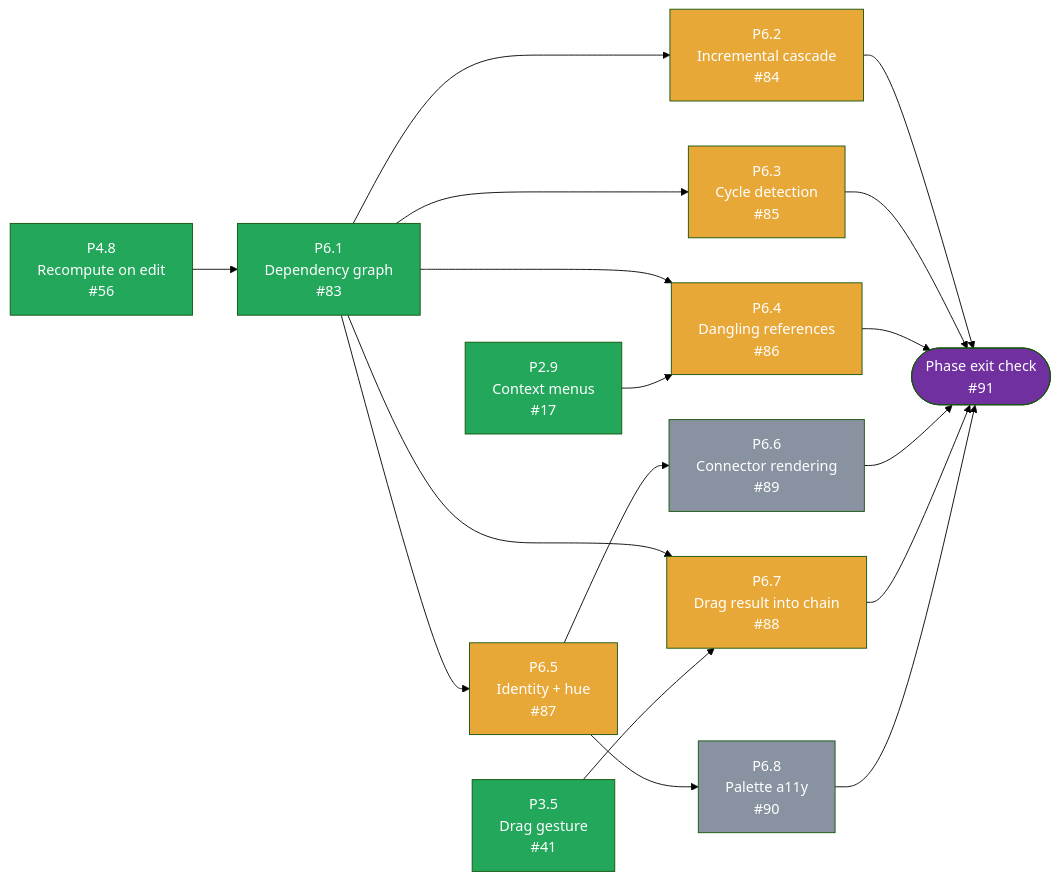
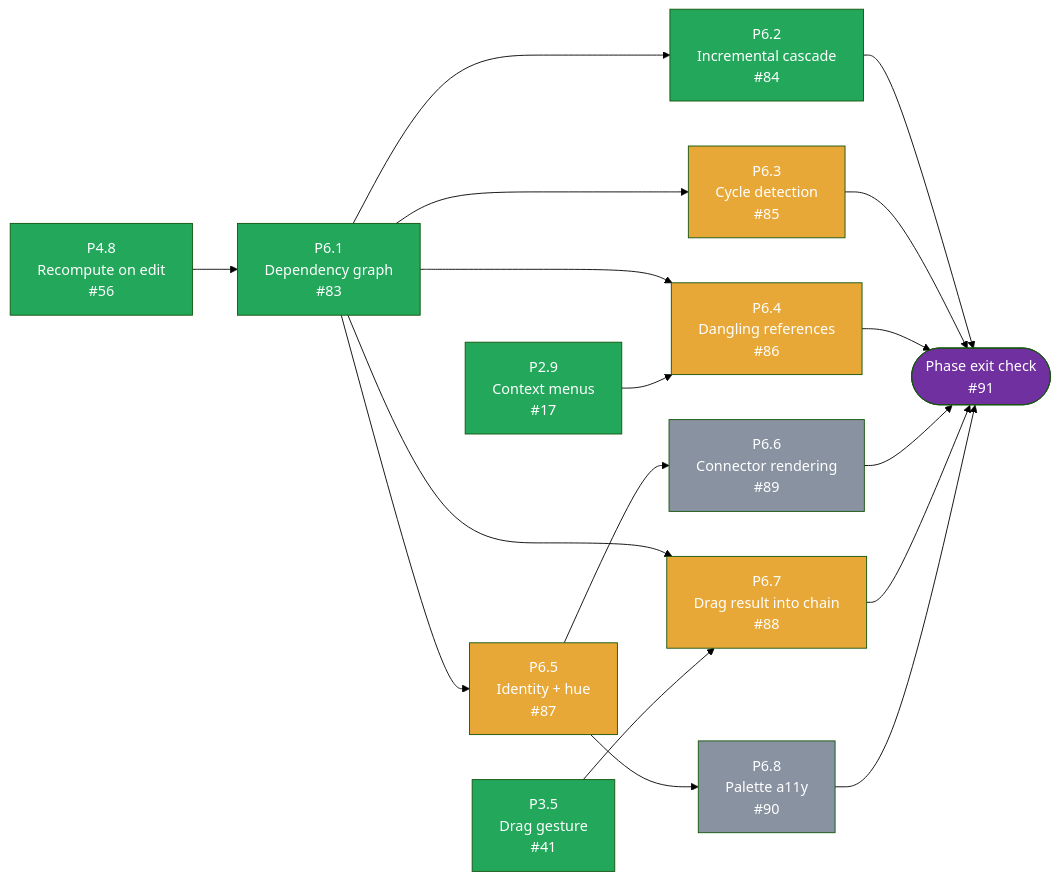
Before and after one commit to tousifosman/CalcMind: the fifth of 5 diagrams in docs/DEVELOPMENT_PLAN.md, drawn with Mermaid (forest theme). The commit also changed other lines of this file and 7 other files, not shown here.

````diff
--- a/docs/DEVELOPMENT_PLAN.md
+++ b/docs/DEVELOPMENT_PLAN.md
@@ -918,46 +918,46 @@
 ```mermaid
 flowchart LR
     P48["P4.8<br/>Recompute on edit<br/>#56"]
     P29["P2.9<br/>Context menus<br/>#17"]
     P35["P3.5<br/>Drag gesture<br/>#41"]
     P61["P6.1<br/>Dependency graph<br/>#83"]
     P62["P6.2<br/>Incremental cascade<br/>#84"]
     P63["P6.3<br/>Cycle detection<br/>#85"]
     P64["P6.4<br/>Dangling references<br/>#86"]
     P65["P6.5<br/>Identity + hue<br/>#87"]
     P66["P6.6<br/>Connector rendering<br/>#89"]
     P67["P6.7<br/>Drag result into chain<br/>#88"]
     P68["P6.8<br/>Palette a11y<br/>#90"]
     EXIT(["Phase exit check<br/>#91"])
 
     P48 --> P61
     P61 --> P62
     P61 --> P63
     P61 --> P64
     P29 --> P64
     P61 --> P65
     P65 --> P66
     P61 --> P67
     P35 --> P67
     P65 --> P68
 
     P62 --> EXIT
     P63 --> EXIT
     P64 --> EXIT
     P66 --> EXIT
     P67 --> EXIT
     P68 --> EXIT
 
     style P48 fill:#22A75B,color:#fff
     style P29 fill:#22A75B,color:#fff
     style P35 fill:#22A75B,color:#fff
     style P61 fill:#22A75B,color:#fff
-    style P62 fill:#E8A838,color:#fff
+    style P62 fill:#22A75B,color:#fff
     style P63 fill:#E8A838,color:#fff
     style P64 fill:#E8A838,color:#fff
     style P65 fill:#E8A838,color:#fff
     style P66 fill:#8892A0,color:#fff
     style P67 fill:#E8A838,color:#fff
     style P68 fill:#8892A0,color:#fff
     style EXIT fill:#7030A0,color:#fff
 ```
````
